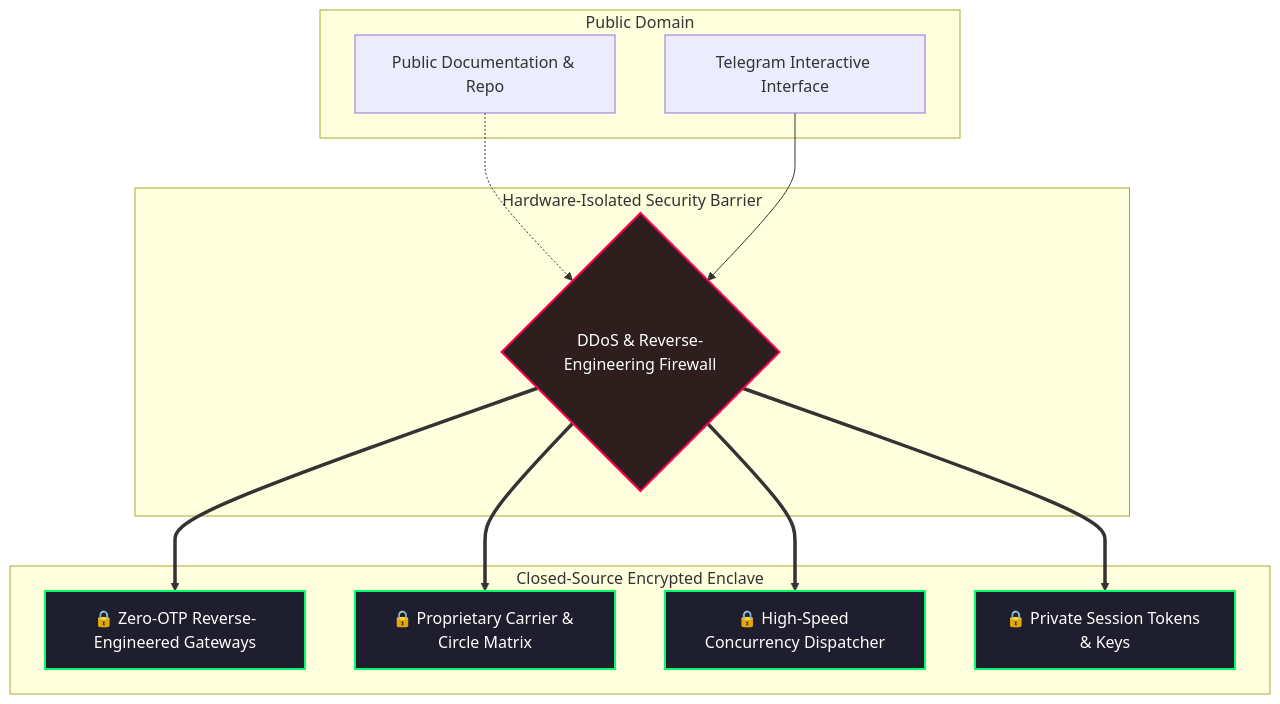
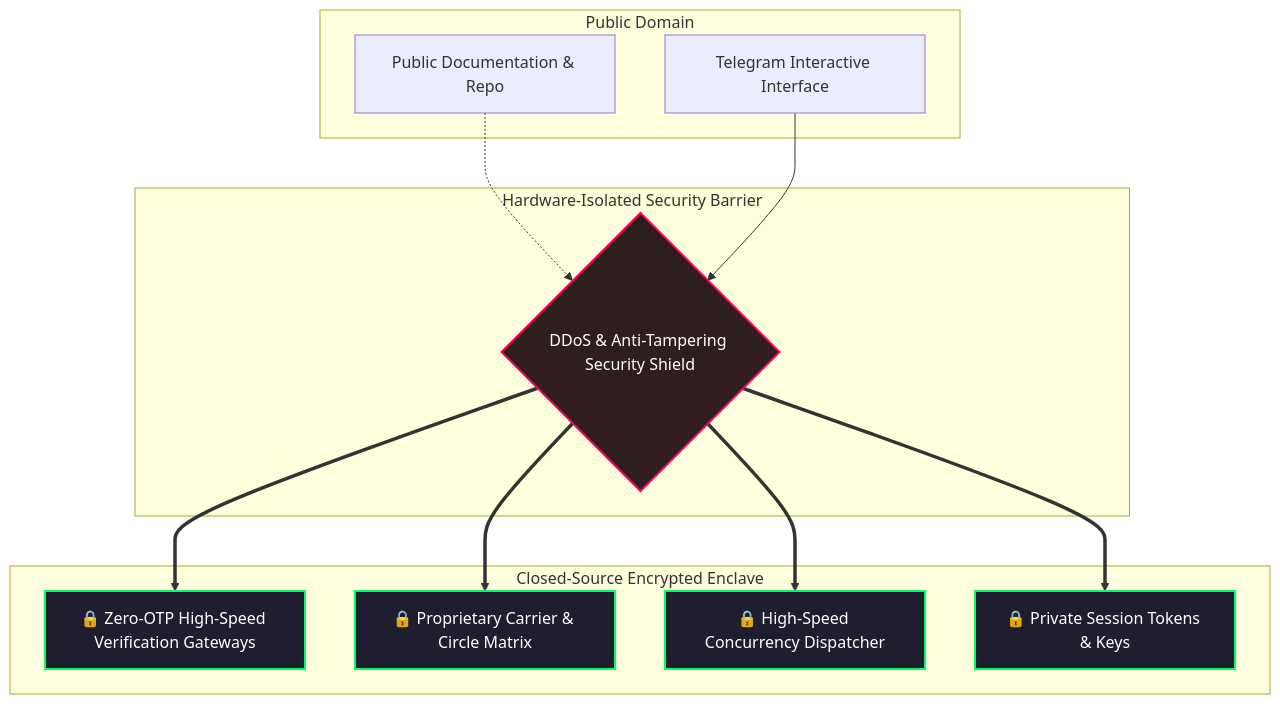
One commit to punit-20/FreshNumberChecker changed the diagram in SECURITY_AND_IP.md. Above: the diagram before and after it, drawn with Mermaid. The commit also changed other lines of this file and 5 other files, not shown here.

````diff
--- a/SECURITY_AND_IP.md
+++ b/SECURITY_AND_IP.md
@@ -40,31 +40,31 @@
 ```mermaid
 graph TD
     subgraph Public Domain
         A[Public Documentation & Repo]
         B[Telegram Interactive Interface]
     end
 
     subgraph Hardware-Isolated Security Barrier
-        C{DDoS & Reverse-Engineering Firewall}
+        C{DDoS & Anti-Tampering Security Shield}
     end
 
     subgraph Closed-Source Encrypted Enclave
-        D[🔒 Zero-OTP Reverse-Engineered Gateways]
+        D[🔒 Zero-OTP High-Speed Verification Gateways]
         E[🔒 Proprietary Carrier & Circle Matrix]
         F[🔒 High-Speed Concurrency Dispatcher]
         G[🔒 Private Session Tokens & Keys]
     end
 
     A -.-> C
     B --> C
     C ==> D
     C ==> E
     C ==> F
     C ==> G
 
     style C fill:#2e1e1e,stroke:#FF0055,stroke-width:2px,color:#fff
     style D fill:#1e1e2e,stroke:#00FF66,stroke-width:2px,color:#fff
     style E fill:#1e1e2e,stroke:#00FF66,stroke-width:2px,color:#fff
     style F fill:#1e1e2e,stroke:#00FF66,stroke-width:2px,color:#fff
     style G fill:#1e1e2e,stroke:#00FF66,stroke-width:2px,color:#fff
 ```
````
